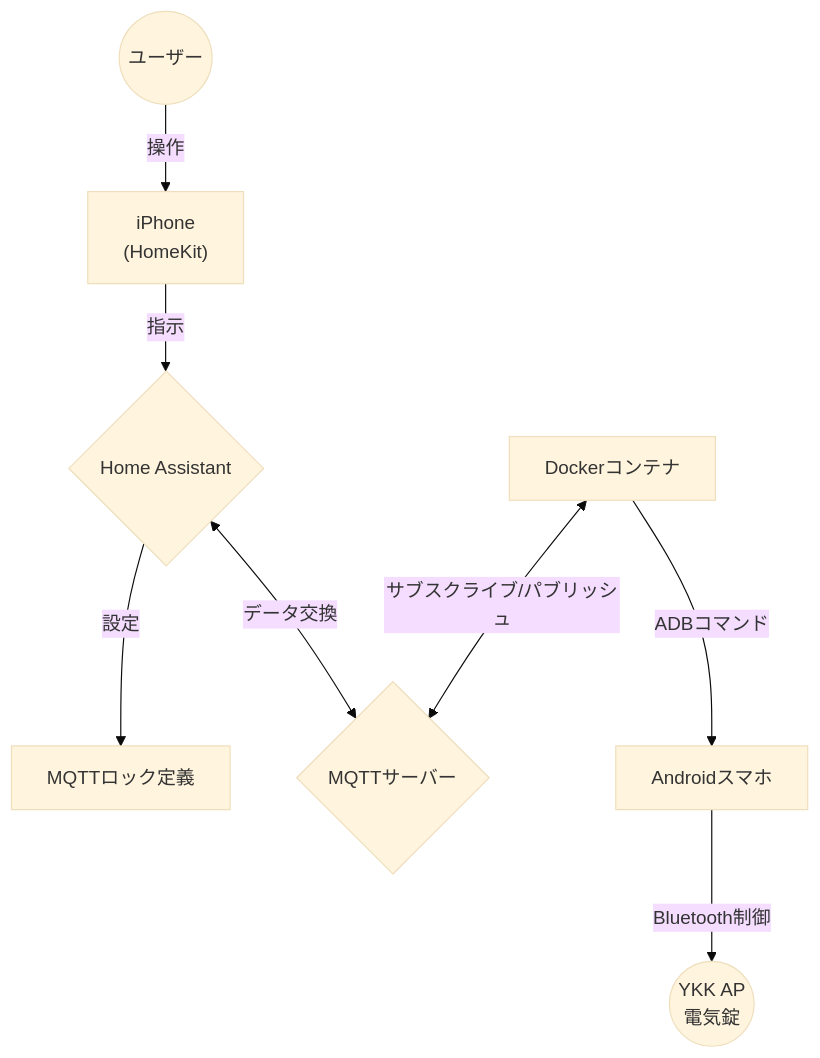
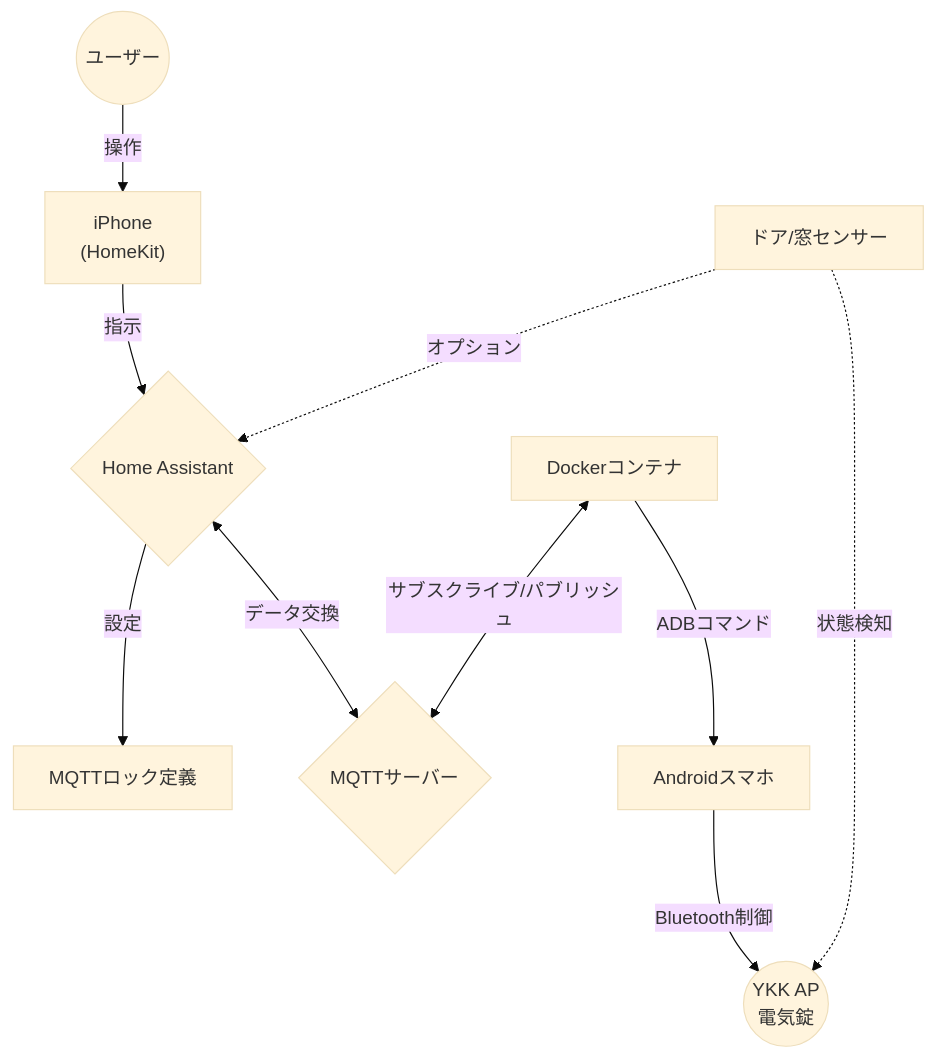
Before and after one commit to f-is-h/ykkap-lock-bridge: the diagram in system_overview_diagram.mermaid, drawn with Mermaid (base theme). The commit also changed 1 other file, not shown here.

```diff
--- a/system_overview_diagram.mermaid
+++ b/system_overview_diagram.mermaid
@@ -1,8 +1,10 @@
 graph TD
     U((ユーザー)) -->|操作| A[iPhone\n#40;HomeKit#41;]
     A -->|指示| C{Home Assistant}
     C -->|設定| D[MQTTロック定義]
     C <-->|データ交換| E{MQTTサーバー}
     F[Dockerコンテナ] <-->|サブスクライブ/パブリッシュ| E
     F -->|ADBコマンド| G[Androidスマホ]
     G -->|Bluetooth制御| H((YKK AP\n電気錠))
+    I[ドア/窓センサー] -.->|オプション| C
+    I -.->|状態検知| H
```
